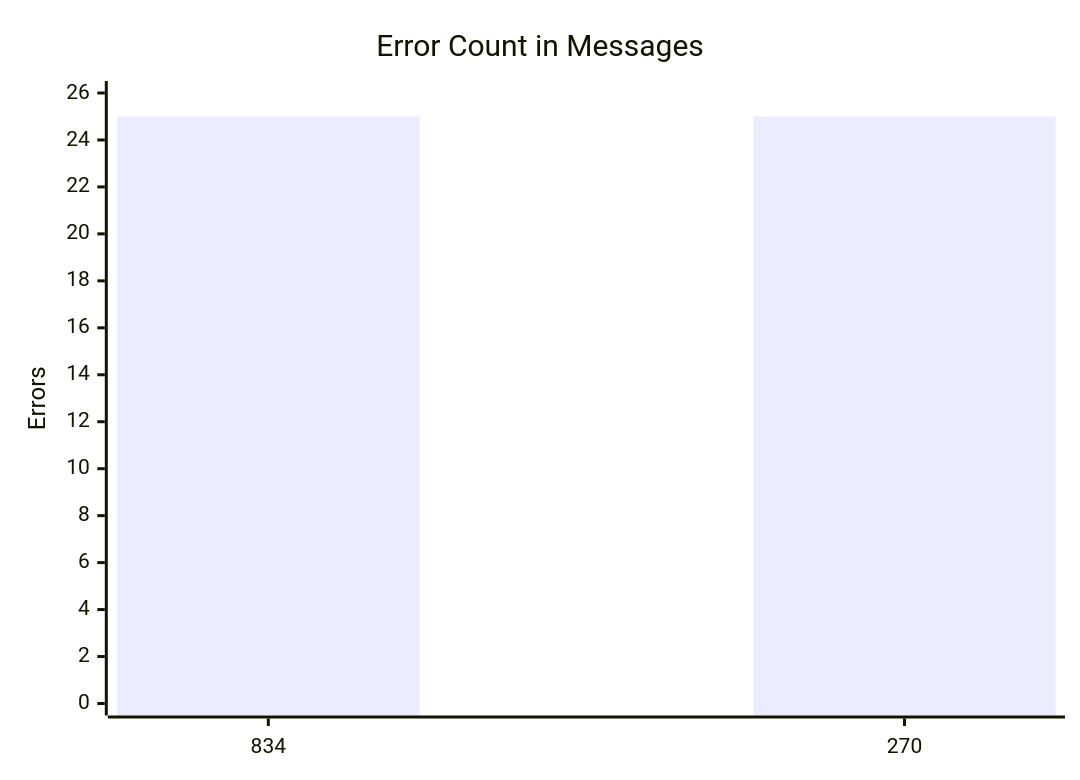
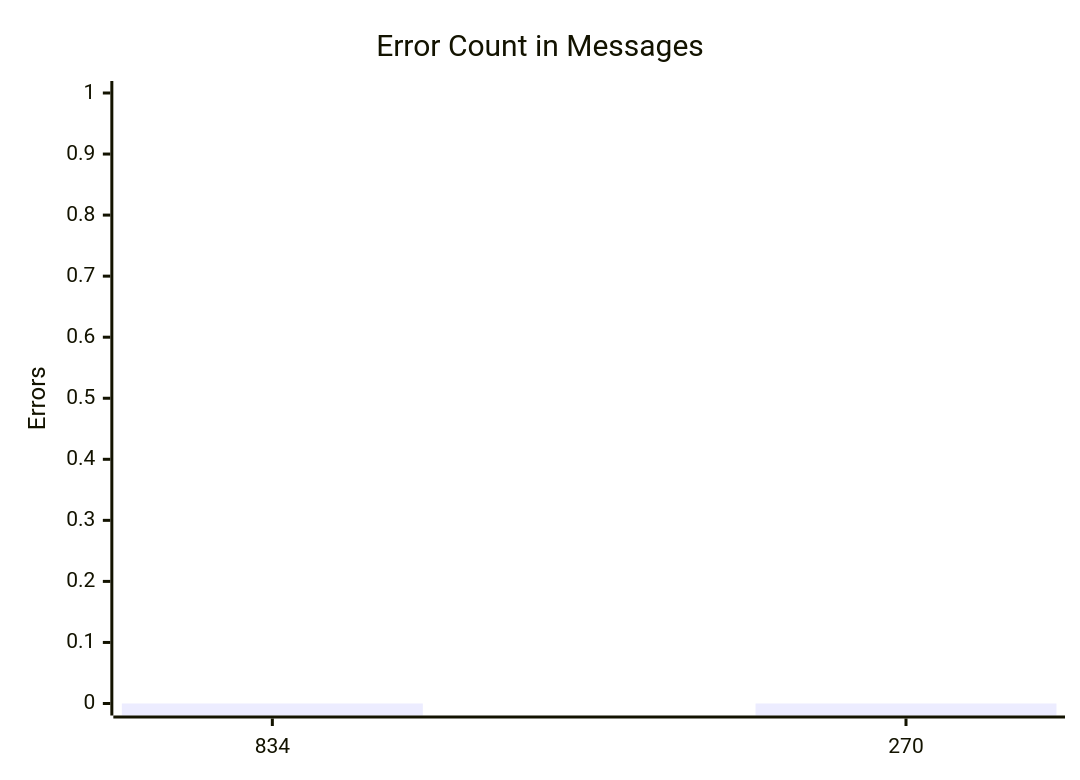
The third of 10 diagrams in test-tools/DataGen/src/Statistics_Visualizer.md (dhagan-va/intern-2025), drawn with Mermaid before and after one commit. The commit also changed other lines of this file and 6 other files, not shown here.

````diff
--- a/test-tools/DataGen/src/Statistics_Visualizer.md
+++ b/test-tools/DataGen/src/Statistics_Visualizer.md
@@ -37,7 +37,7 @@
 ```mermaid
 xychart-beta
     title "Error Count in Messages"
     x-axis ["834", "270"]
-    y-axis "Errors" 0 --> 26
-    bar [25, 25]
+    y-axis "Errors" 0 --> 1
+    bar [0, 0]
 ```
````
